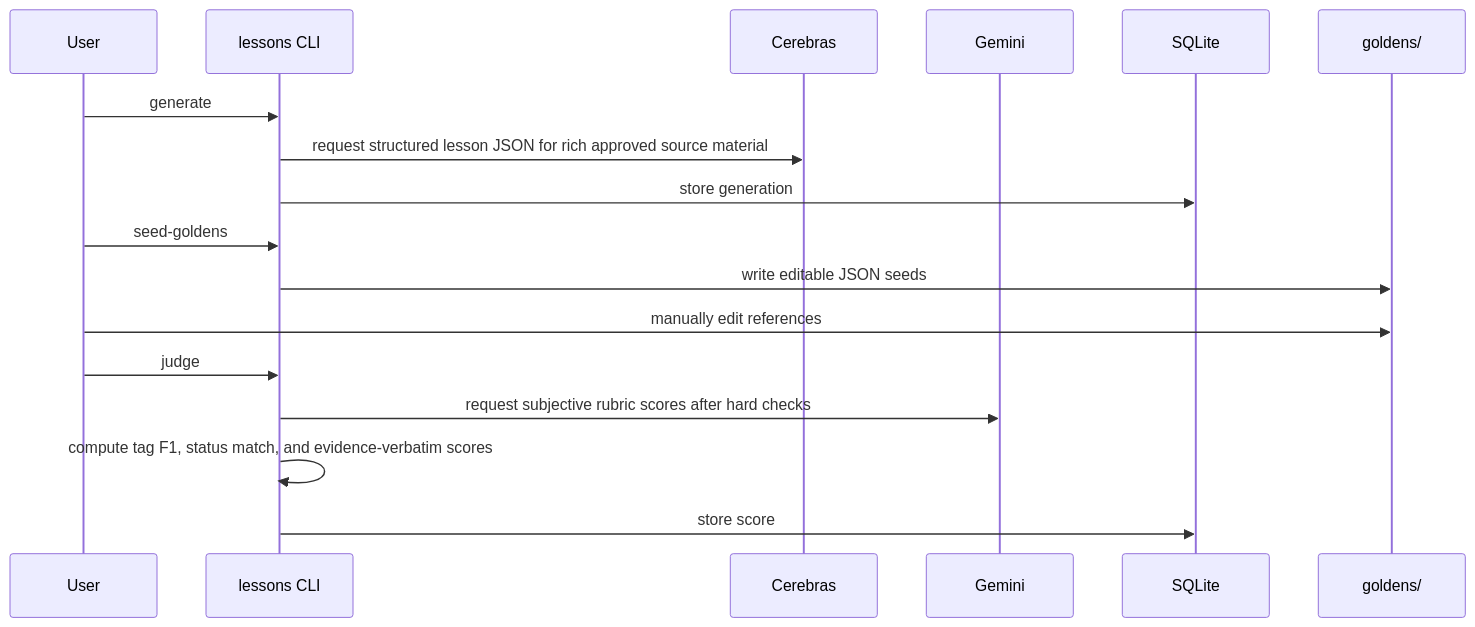
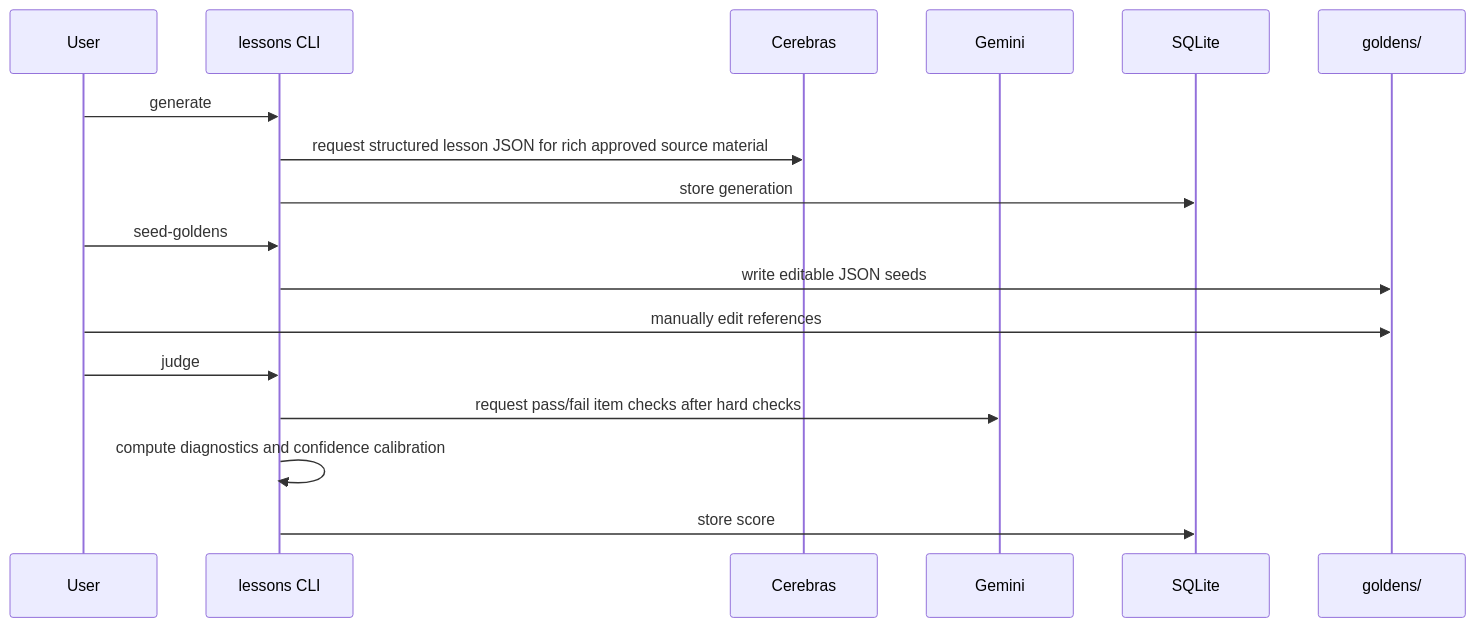
The second of 3 diagrams in architecture.md (johnpfeiffer/aiewf), drawn with Mermaid before and after one commit. The commit also changed other lines of this file and 19 other files, not shown here.

````diff
--- a/architecture.md
+++ b/architecture.md
@@ -154,20 +154,20 @@
 ```mermaid
 sequenceDiagram
   participant User
   participant CLI as lessons CLI
   participant Cerebras
   participant Gemini
   participant DB as SQLite
   participant Goldens as goldens/
 
   User->>CLI: generate
   CLI->>Cerebras: request structured lesson JSON for rich approved source material
   CLI->>DB: store generation
   User->>CLI: seed-goldens
   CLI->>Goldens: write editable JSON seeds
   User->>Goldens: manually edit references
   User->>CLI: judge
-  CLI->>Gemini: request subjective rubric scores after hard checks
-  CLI->>CLI: compute tag F1, status match, and evidence-verbatim scores
+  CLI->>Gemini: request pass/fail item checks after hard checks
+  CLI->>CLI: compute diagnostics and confidence calibration
   CLI->>DB: store score
 ```
````
